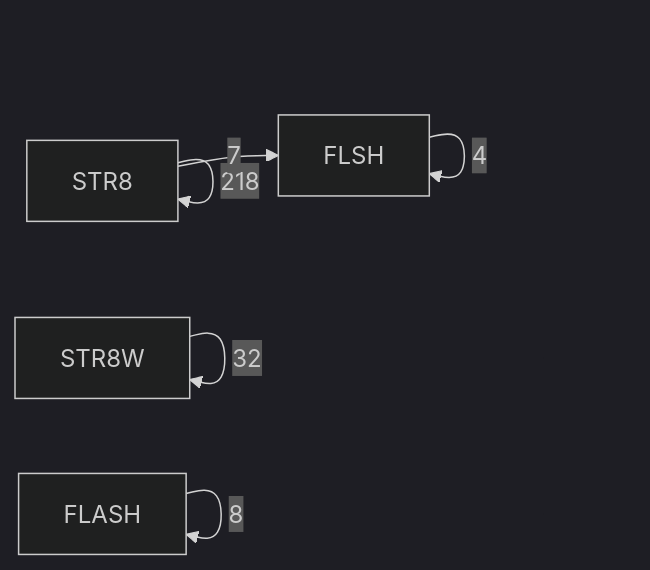
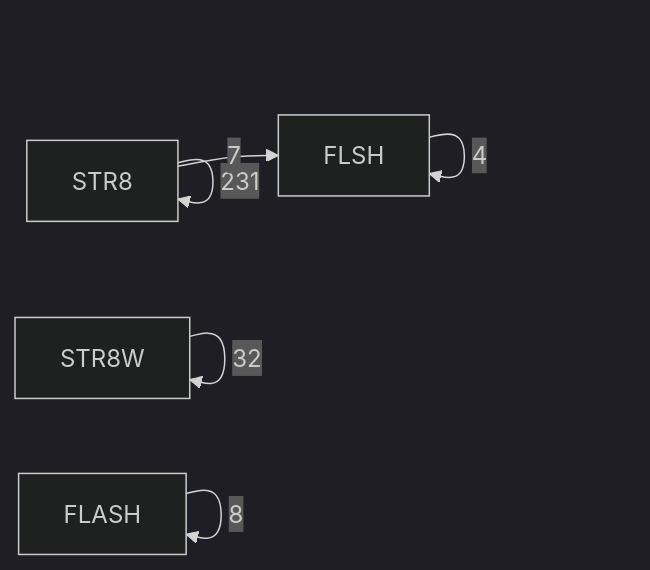
One commit to 95westus/R-YORS changed the fifth of 6 diagrams in DOC/GENERATED/ROUTINE_CLASS_DIAGRAM.md. Above: the diagram before and after it, drawn with Mermaid (dark theme). The commit also changed other lines of this file and 38 other files, not shown here.

````diff
--- a/DOC/GENERATED/ROUTINE_CLASS_DIAGRAM.md
+++ b/DOC/GENERATED/ROUTINE_CLASS_DIAGRAM.md
@@ -78,8 +78,8 @@
 ```mermaid
 flowchart LR
-    P_STR8[STR8] -->|218| P_STR8[STR8]
+    P_STR8[STR8] -->|231| P_STR8[STR8]
     P_STR8W[STR8W] -->|32| P_STR8W[STR8W]
     P_FLASH[FLASH] -->|8| P_FLASH[FLASH]
     P_STR8[STR8] -->|7| P_FLSH[FLSH]
     P_FLSH[FLSH] -->|4| P_FLSH[FLSH]
 ```
````
